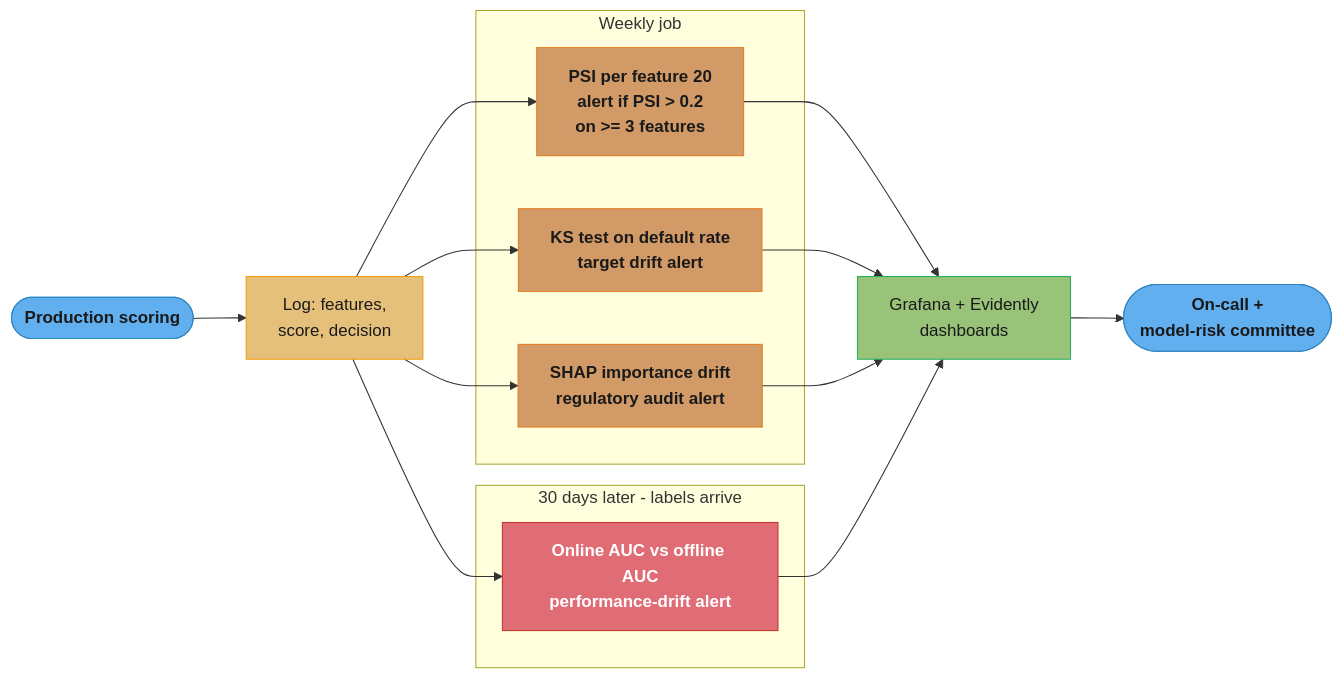
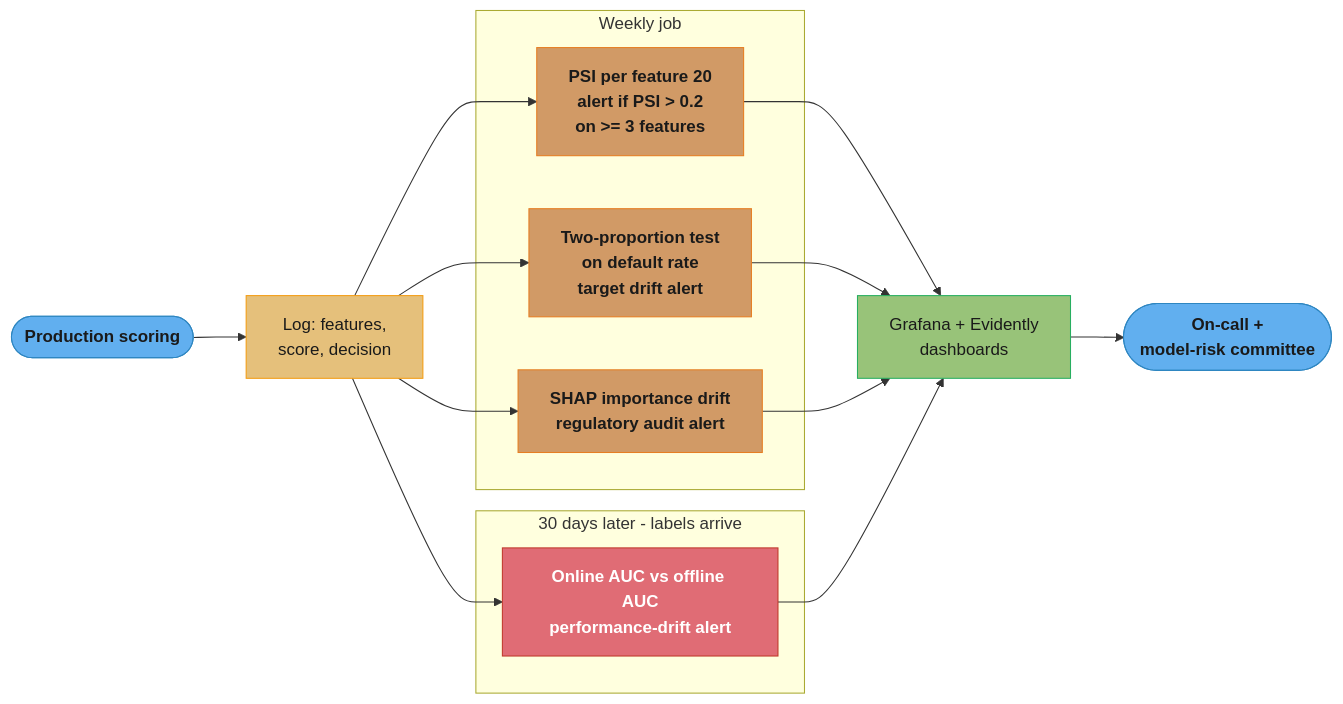
Before and after one commit to rppol/system-design: the fifth of 5 diagrams in src/main/java/com/rutik/systemdesign/ml/monitoring_and_drift_detection/README.md, drawn with Mermaid. The commit also changed other lines of this file and 114 other files, not shown here.

````diff
--- a/src/main/java/com/rutik/systemdesign/ml/monitoring_and_drift_detection/README.md
+++ b/src/main/java/com/rutik/systemdesign/ml/monitoring_and_drift_detection/README.md
@@ -847,41 +855,41 @@
 ```mermaid
 flowchart LR
     classDef io      fill:#61afef,stroke:#2e86c1,color:#1a1a1a,font-weight:bold
     classDef frozen  fill:#c678dd,stroke:#9b59b6,color:#fff
     classDef train   fill:#98c379,stroke:#27ae60,color:#1a1a1a
     classDef mathOp  fill:#d19a66,stroke:#e67e22,color:#1a1a1a,font-weight:bold
     classDef lossN   fill:#e06c75,stroke:#c0392b,color:#fff,font-weight:bold
     classDef req     fill:#56b6c2,stroke:#0097a7,color:#1a1a1a
     classDef base    fill:#e5c07b,stroke:#f39c12,color:#1a1a1a
 
     scoring(["Production scoring"]) --> log["Log: features,<br/>score, decision"]
 
     subgraph weekly["Weekly job"]
         psi["PSI per feature 20<br/>alert if PSI > 0.2<br/>on >= 3 features"]
-        ks["KS test on default rate<br/>target drift alert"]
+        ks["Two-proportion test<br/>on default rate<br/>target drift alert"]
         shap["SHAP importance drift<br/>regulatory audit alert"]
     end
 
     log --> psi
     log --> ks
     log --> shap
 
     subgraph lagged["30 days later - labels arrive"]
         auc["Online AUC vs offline AUC<br/>performance-drift alert"]
     end
 
     log --> auc
 
     dash["Grafana + Evidently<br/>dashboards"]
     psi --> dash
     ks --> dash
     shap --> dash
     auc --> dash
     dash --> oncall(["On-call +<br/>model-risk committee"])
 
     class scoring,oncall io
     class log base
     class psi,ks,shap mathOp
     class auc lossN
     class dash train
 ```
````
